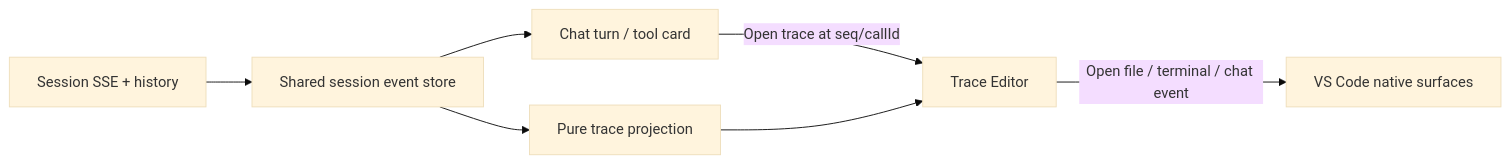
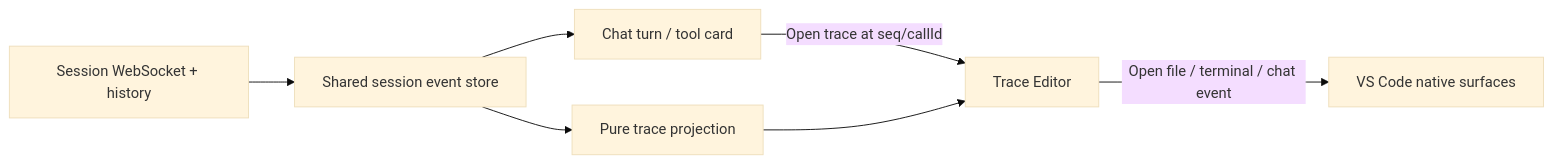
One commit to HarcoChen/dsh-vsc-integration changed the diagram in docs/TRACE_INTEGRATION.md. Above: the diagram before and after it, drawn with Mermaid (base theme). The commit also changed other lines of this file and 4 other files, not shown here.

````diff
--- a/docs/TRACE_INTEGRATION.md
+++ b/docs/TRACE_INTEGRATION.md
@@ -29,9 +29,9 @@
 ```mermaid
 flowchart LR
     A["Chat turn / tool card"] -->|"Open trace at seq/callId"| B["Trace Editor"]
-    C["Session SSE + history"] --> D["Shared session event store"]
+    C["Session WebSocket + history"] --> D["Shared session event store"]
     D --> A
     D --> E["Pure trace projection"]
     E --> B
     B -->|"Open file / terminal / chat event"| F["VS Code native surfaces"]
 ```
````
